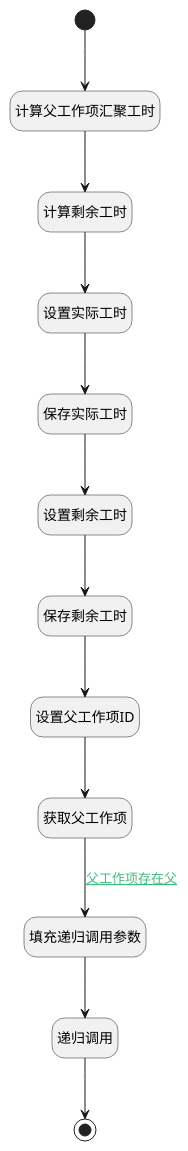
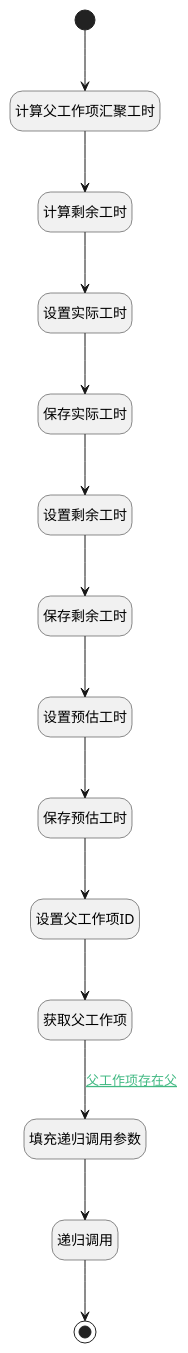
One commit to iBizLab/plm changed the diagram in doc/docsify/module/Base/workload/logic/workload_auto_cal.md. Above: the diagram before and after it, drawn with PlantUML. The commit also changed other lines of this file and 726 other files, not shown here.

````diff
--- a/doc/docsify/module/Base/workload/logic/workload_auto_cal.md
+++ b/doc/docsify/module/Base/workload/logic/workload_auto_cal.md
@@ -7,39 +7,43 @@
 ```plantuml
 @startuml
 hide empty description
 <style>
 root {
   HyperlinkColor #42b983
 }
 </style>
 
 hide empty description
 state "开始" as Begin <<start>> [[$./workload_auto_cal#begin {"开始"}]]
 state "计算父工作项汇聚工时" as RAWSQLCALL1  [[$./workload_auto_cal#rawsqlcall1 {"计算父工作项汇聚工时"}]]
 state "计算剩余工时" as RAWSFCODE2  [[$./workload_auto_cal#rawsfcode2 {"计算剩余工时"}]]
 state "设置实际工时" as PREPAREPARAM7  [[$./workload_auto_cal#prepareparam7 {"设置实际工时"}]]
 state "保存实际工时" as DEACTION4  [[$./workload_auto_cal#deaction4 {"保存实际工时"}]]
 state "设置剩余工时" as PREPAREPARAM8  [[$./workload_auto_cal#prepareparam8 {"设置剩余工时"}]]
 state "保存剩余工时" as DEACTION5  [[$./workload_auto_cal#deaction5 {"保存剩余工时"}]]
+state "设置预估工时" as PREPAREPARAM5  [[$./workload_auto_cal#prepareparam5 {"设置预估工时"}]]
+state "保存预估工时" as DEACTION6  [[$./workload_auto_cal#deaction6 {"保存预估工时"}]]
 state "填充递归调用参数" as PREPAREPARAM9  [[$./workload_auto_cal#prepareparam9 {"填充递归调用参数"}]]
 state "获取父工作项" as DEACTION3  [[$./workload_auto_cal#deaction3 {"获取父工作项"}]]
 state "设置父工作项ID" as PREPAREPARAM2  [[$./workload_auto_cal#prepareparam2 {"设置父工作项ID"}]]
 state "递归调用" as DELOGIC1  [[$./workload_auto_cal#delogic1 {"递归调用"}]]
 state "结束" as END1 <<end>> [[$./workload_auto_cal#end1 {"结束"}]]
 
 
 Begin --> RAWSQLCALL1
 RAWSQLCALL1 --> RAWSFCODE2
 RAWSFCODE2 --> PREPAREPARAM7
 PREPAREPARAM7 --> DEACTION4
 DEACTION4 --> PREPAREPARAM8
 PREPAREPARAM8 --> DEACTION5
-DEACTION5 --> PREPAREPARAM2
+DEACTION5 --> PREPAREPARAM5
+PREPAREPARAM5 --> DEACTION6
+DEACTION6 --> PREPAREPARAM2
 PREPAREPARAM2 --> DEACTION3
 DEACTION3 --> PREPAREPARAM9 : [[$./workload_auto_cal#deaction3-prepareparam9{父工作项存在父} 父工作项存在父]]
 PREPAREPARAM9 --> DELOGIC1
 DELOGIC1 --> END1
 
 
 @enduml
 ```
````
